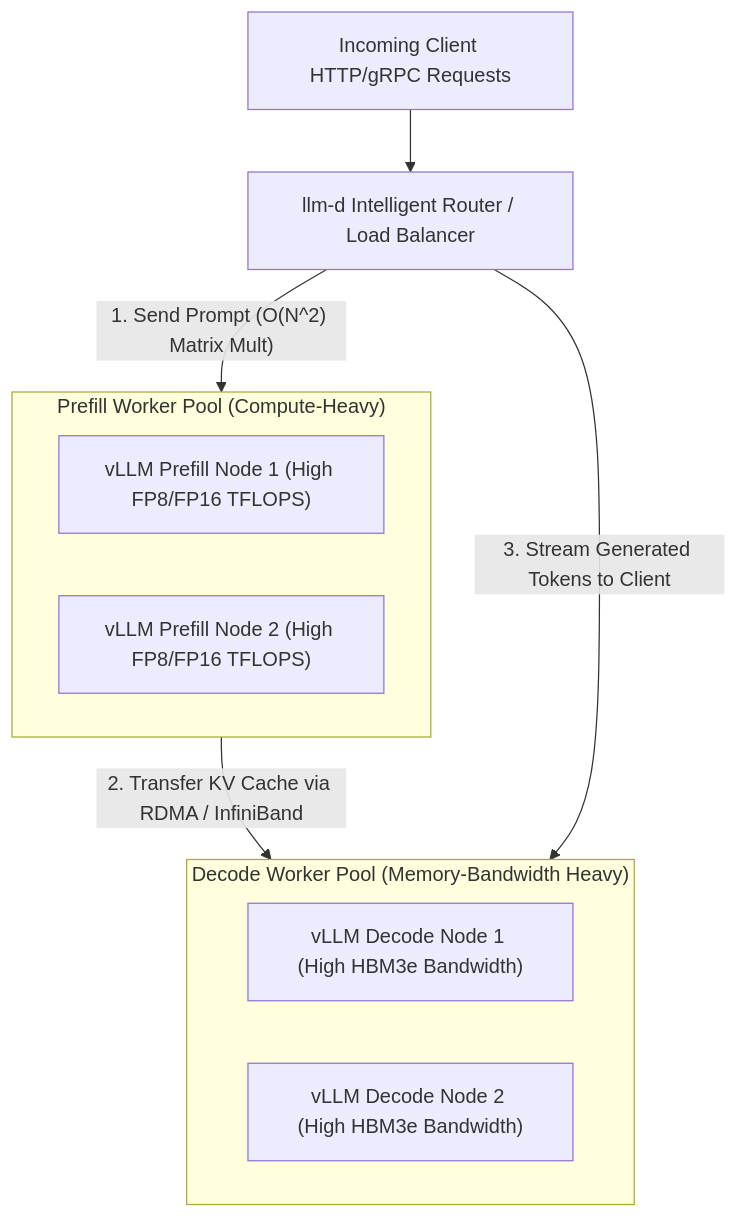
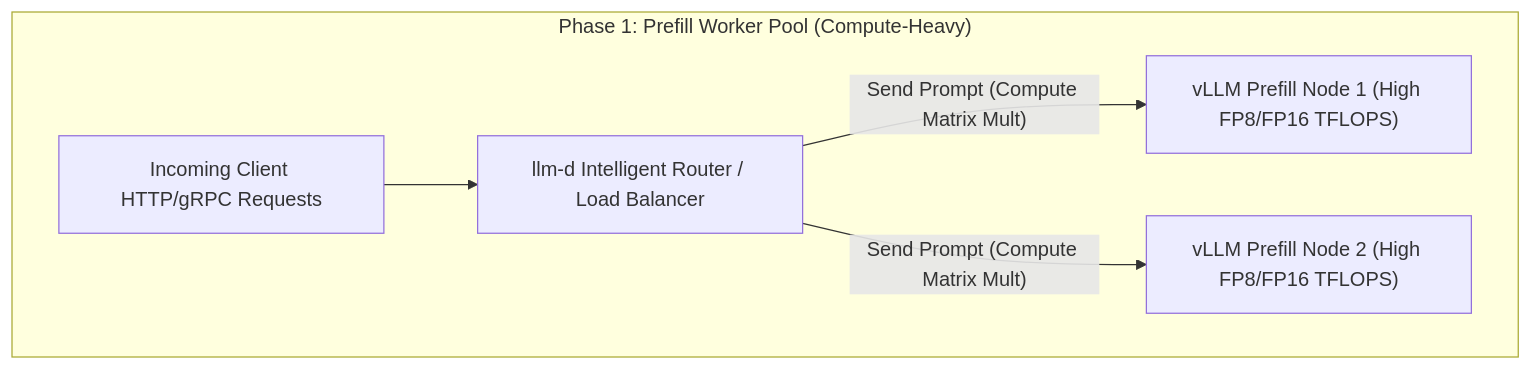
One commit to narenandu/narenvadapalli_dot_com changed the third of 4 diagrams in contents/blog/0063-serving-llms-with-vllm-and-llm-d/index.md. Above: the diagram before and after it, drawn with Mermaid. The commit also changed other lines of this file and 22 other files, not shown here.

Commit message:
fix(blog): resolve side-by-side Mermaid diagrams, KaTeX math formatting, and alert tags across all blogs

````diff
--- a/contents/blog/0063-serving-llms-with-vllm-and-llm-d/index.md
+++ b/contents/blog/0063-serving-llms-with-vllm-and-llm-d/index.md
@@ -84,18 +88,8 @@
 ```mermaid
 flowchart TD
-    ClientReq["Incoming Client HTTP/gRPC Requests"] --> Router["llm-d Intelligent Router / Load Balancer"]
-    
-    subgraph PrefillPool["Prefill Worker Pool (Compute-Heavy)"]
-        P1["vLLM Prefill Node 1 (High FP8/FP16 TFLOPS)"]
-        P2["vLLM Prefill Node 2 (High FP8/FP16 TFLOPS)"]
+    subgraph PrefillPhase["Phase 1: Prefill Worker Pool (Compute-Heavy)"]
+        ClientReq["Incoming Client HTTP/gRPC Requests"] --> Router["llm-d Intelligent Router / Load Balancer"]
+        Router -- "Send Prompt (Compute Matrix Mult)" --> P1["vLLM Prefill Node 1 (High FP8/FP16 TFLOPS)"]
+        Router -- "Send Prompt (Compute Matrix Mult)" --> P2["vLLM Prefill Node 2 (High FP8/FP16 TFLOPS)"]
     end
-    
-    subgraph DecodePool["Decode Worker Pool (Memory-Bandwidth Heavy)"]
-        D1["vLLM Decode Node 1 (High HBM3e Bandwidth)"]
-        D2["vLLM Decode Node 2 (High HBM3e Bandwidth)"]
-    end
-    
-    Router -- "1. Send Prompt (O(N^2) Matrix Mult)" --> PrefillPool
-    PrefillPool -- "2. Transfer KV Cache via RDMA / InfiniBand" --> DecodePool
-    Router -- "3. Stream Generated Tokens to Client" --> DecodePool
 ```
````
